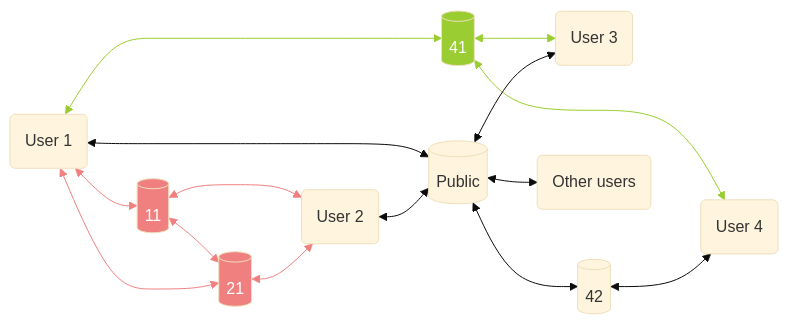
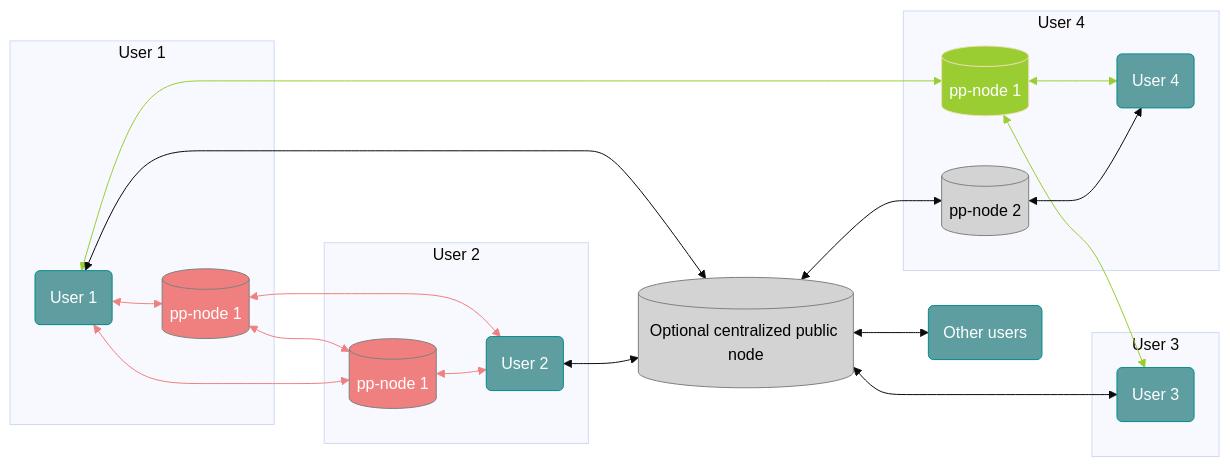
Before and after one commit to people-post/people-post.github.io: the diagram in README.md, drawn with Mermaid (base theme).

```diff
--- a/README.md
+++ b/README.md
@@ -8,28 +8,47 @@
 <pre class="mermaid">
 graph LR
-USER_1(User 1) <--> DB_11[(11)]:::Private1
-DB_11 <--> DB_21[(21)]:::Private1
+
+subgraph "User 1"
+USER_1(User 1):::User <--> DB_11[(pp-node 1)]:::Private1
+end
+
+DB_11 <--> DB_21[(pp-node 1)]:::Private1
 USER_1 <--> DB_21
-DB_11 <--> USER_2(User 2)
+DB_11 <--> USER_2(User 2):::User
+
+subgraph "User 2"
 DB_21 <--> USER_2
-USER_1 <--> DB_41[(41)]:::Private2
-DB_41 <--> USER_3(User 3)
-DB_41 <--> USER_4(User 4)
-USER_1 <--> DB_PUBLIC[(Public)]
+end
+
+USER_1 <--> DB_41[(pp-node 1)]:::Private2
+DB_41 <--> USER_3(User 3):::User
+
+USER_1 <--> DB_PUBLIC[(Optional centralized public node)]:::Public
 USER_2 <--> DB_PUBLIC
 DB_PUBLIC <--> USER_3
-DB_PUBLIC <--> DB_42[(42)]
+DB_PUBLIC <--> DB_42[(pp-node 2)]:::Public
+
+subgraph "User 3"
+USER_3
+end
+
+subgraph "User 4"
+DB_41 <--> USER_4(User 4):::User
 DB_42 <--> USER_4
-DB_PUBLIC <--> USER_N(Other users)
+end
+
+DB_PUBLIC <--> USER_N(Other users):::User
 
 linkStyle 0 stroke:lightcoral;
 linkStyle 1 stroke:lightcoral;
 linkStyle 2 stroke:lightcoral;
 linkStyle 3 stroke:lightcoral;
 linkStyle 4 stroke:lightcoral;
 linkStyle 5 stroke:yellowgreen;
 linkStyle 6 stroke:yellowgreen;
-linkStyle 7 stroke:yellowgreen;
-classDef Private1 fill:lightcoral,color:white
-classDef Private2 fill:yellowgreen,color:white
+linkStyle 11 stroke:yellowgreen;
+classDef Private1 fill:LightCoral,color:White,stroke:Gray
+classDef Private2 fill:yellowgreen,color:White
+classDef Public fill:LightGray,color:Black,stroke:Gray
+classDef User fill:CadetBlue,color:white,stroke:DarkCyan
 </pre>
```
